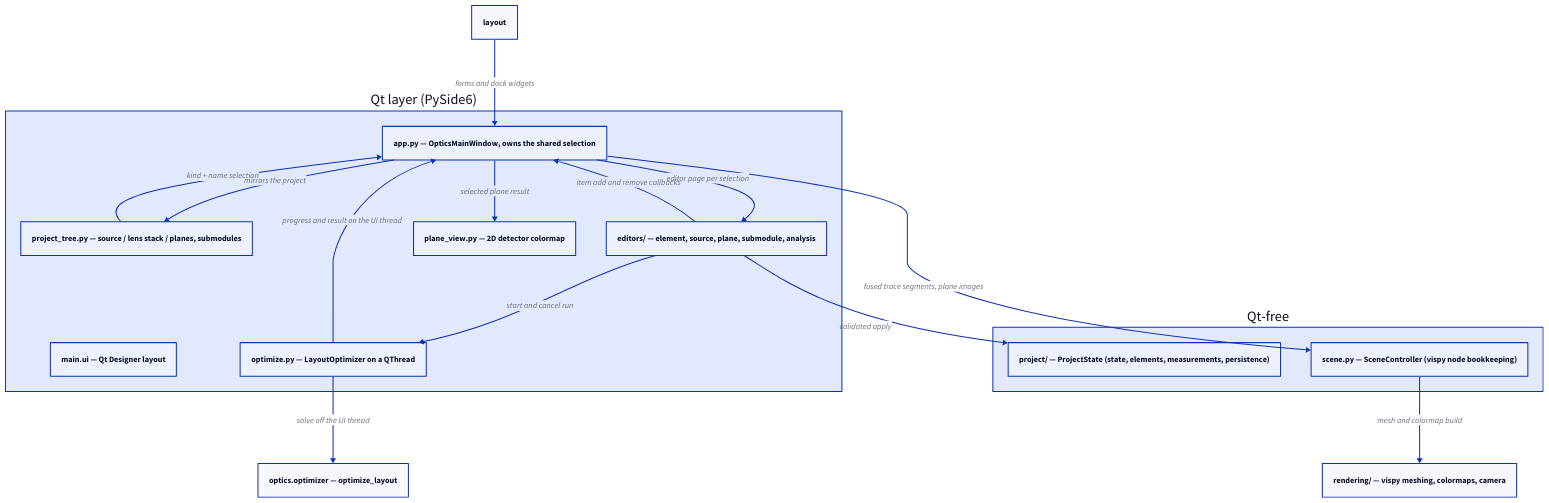
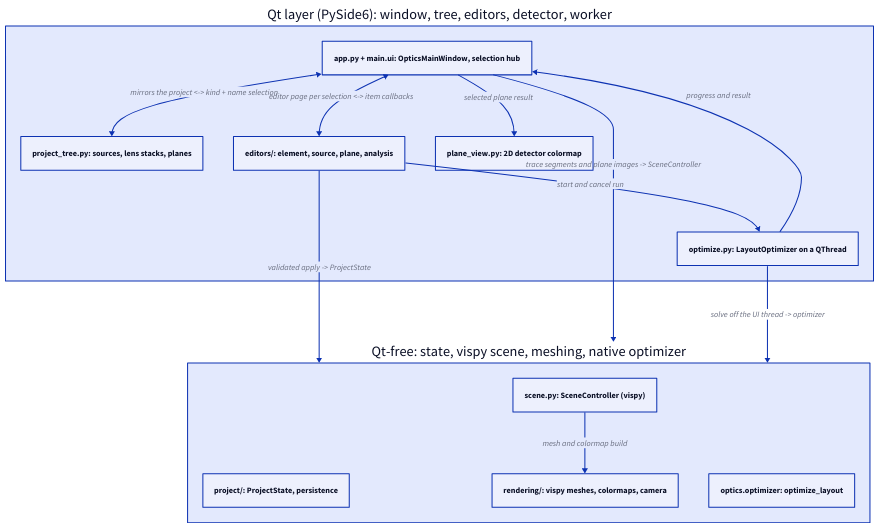
Before and after one commit to propane865/OpticsSimulator: the diagram in docs/diagrams/ui-application.d2, drawn with D2. The commit also changed 26 other files, not shown here.

```diff
--- a/docs/diagrams/ui-application.d2
+++ b/docs/diagrams/ui-application.d2
@@ -1,29 +1,28 @@
-qt: "Qt layer (PySide6)" {
-  layout: "main.ui — Qt Designer layout"
-  win: "app.py — OpticsMainWindow, owns the shared selection"
-  tree: "project_tree.py — source / lens stack / planes, submodules"
-  ed: "editors/ — element, source, plane, submodule, analysis"
-  pv: "plane_view.py — 2D detector colormap"
-  work: "optimize.py — LayoutOptimizer on a QThread"
+direction: down
+
+qt: "Qt layer (PySide6): window, tree, editors, detector, worker" {
+  win: "app.py + main.ui: OpticsMainWindow, selection hub"
+  tree: "project_tree.py: sources, lens stacks, planes"
+  ed: "editors/: element, source, plane, analysis"
+  pv: "plane_view.py: 2D detector colormap"
+  work: "optimize.py: LayoutOptimizer on a QThread"
+
+  win <-> tree: "mirrors the project <-> kind + name selection"
+  win <-> ed: "editor page per selection <-> item callbacks"
+  win -> pv: selected plane result
+  ed -> work: start and cancel run
+  work -> win: progress and result
 }
 
-free: "Qt-free" {
-  state: "project/ — ProjectState (state, elements, measurements, persistence)"
-  scene: "scene.py — SceneController (vispy node bookkeeping)"
+free: "Qt-free: state, vispy scene, meshing, native optimizer" {
+  state: "project/: ProjectState, persistence"
+  scene: "scene.py: SceneController (vispy)"
+  rendering: "rendering/: vispy meshes, colormaps, camera"
+  opt: "optics.optimizer: optimize_layout"
+
+  scene -> rendering: mesh and colormap build
 }
 
-rendering: "rendering/ — vispy meshing, colormaps, camera"
-opt: "optics.optimizer — optimize_layout"
-
-layout -> qt.win: forms and dock widgets
-qt.win -> qt.tree: mirrors the project
-qt.tree -> qt.win: kind + name selection
-qt.win -> qt.ed: editor page per selection
-qt.ed -> free.state: validated apply
-qt.ed -> qt.win: item add and remove callbacks
-qt.win -> free.scene: fused trace segments, plane images
-free.scene -> rendering: mesh and colormap build
-qt.win -> qt.pv: selected plane result
-qt.ed -> qt.work: start and cancel run
-qt.work -> opt: solve off the UI thread
-qt.work -> qt.win: progress and result on the UI thread
+qt.ed -> free: "validated apply -> ProjectState"
+qt.win -> free: "trace segments and plane images -> SceneController"
+qt.work -> free: "solve off the UI thread -> optimizer"
```
